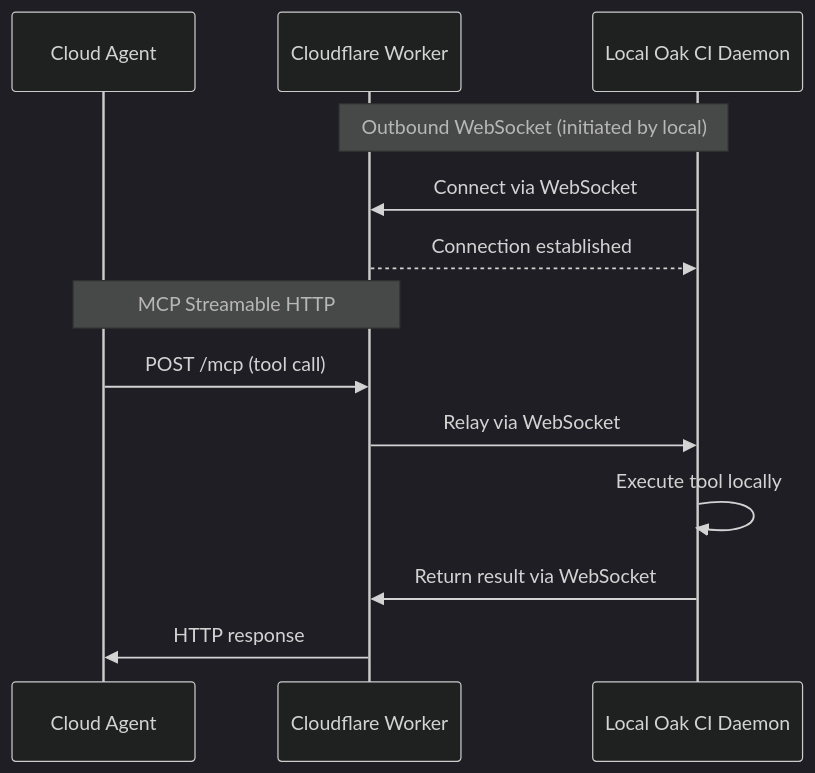
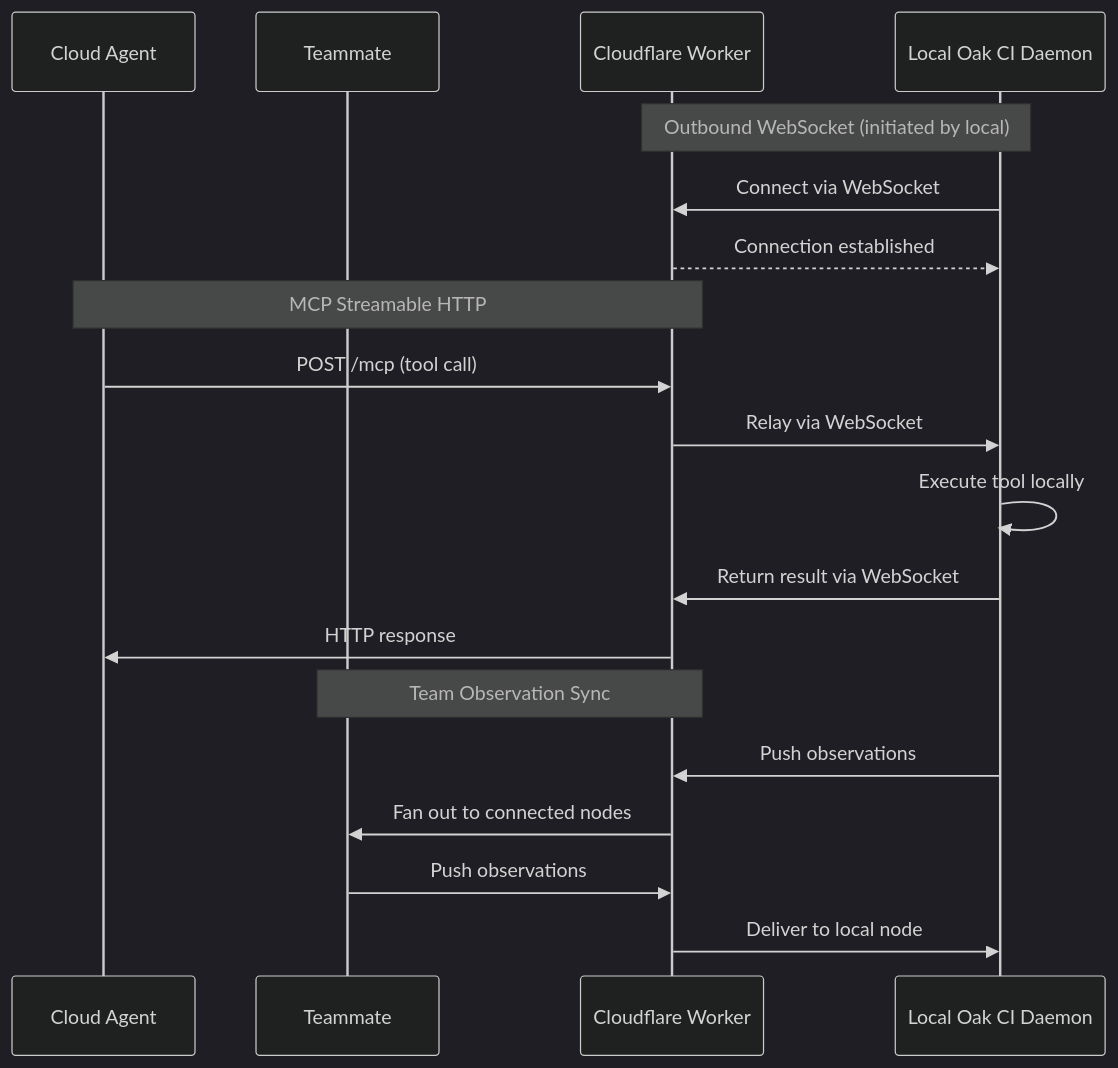
One commit to goondocks-co/open-agent-kit changed the diagram in docs/src/content/docs/features/cloud-relay/index.md. Above: the diagram before and after it, drawn with Mermaid (dark theme). The commit also changed other lines of this file and 83 other files, not shown here.

````diff
--- a/docs/src/content/docs/features/cloud-relay/index.md
+++ b/docs/src/content/docs/features/cloud-relay/index.md
@@ -18,17 +17,24 @@
 ```mermaid
 sequenceDiagram
     participant Agent as Cloud Agent
+    participant Team as Teammate
     participant Worker as Cloudflare Worker
     participant Daemon as Local Oak CI Daemon
 
     Note over Daemon,Worker: Outbound WebSocket (initiated by local)
     Daemon->>Worker: Connect via WebSocket
     Worker-->>Daemon: Connection established
 
     Note over Agent,Worker: MCP Streamable HTTP
     Agent->>Worker: POST /mcp (tool call)
     Worker->>Daemon: Relay via WebSocket
     Daemon->>Daemon: Execute tool locally
     Daemon->>Worker: Return result via WebSocket
     Worker->>Agent: HTTP response
+
+    Note over Team,Worker: Team Observation Sync
+    Daemon->>Worker: Push observations
+    Worker->>Team: Fan out to connected nodes
+    Team->>Worker: Push observations
+    Worker->>Daemon: Deliver to local node
 ```
````
